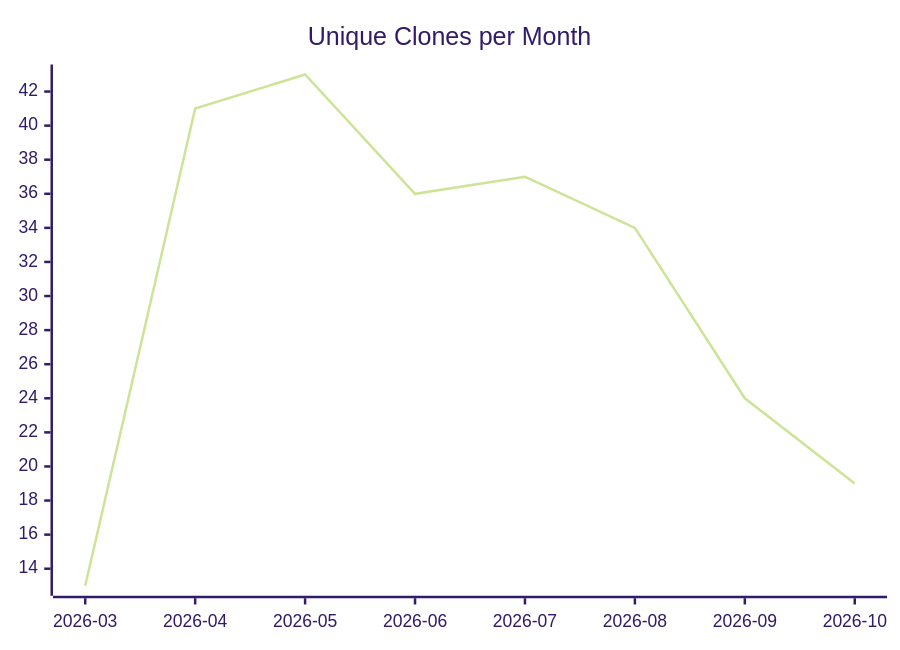
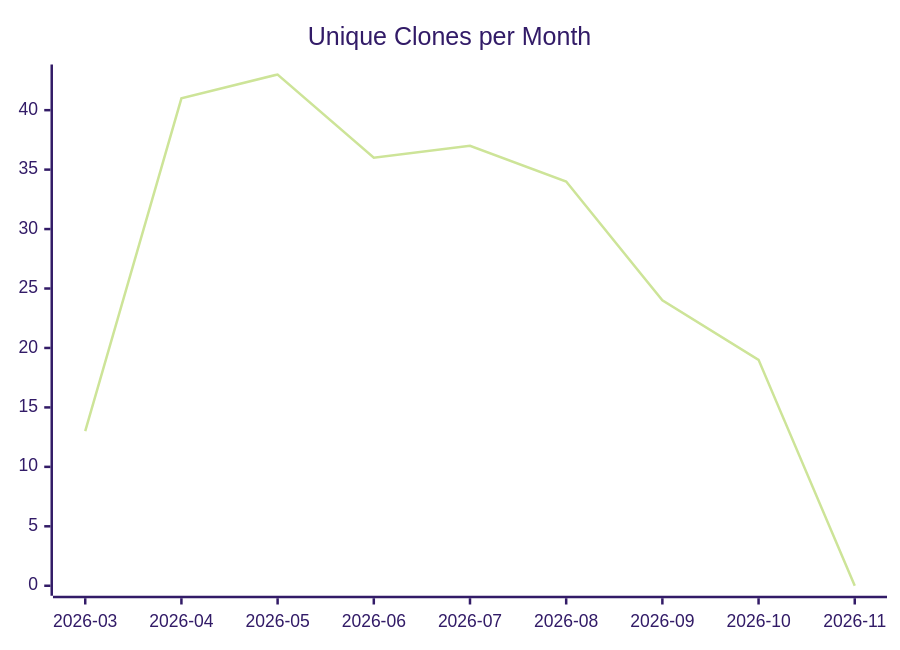
One commit to justdavis-family/github-analytics-data changed the third of 3 diagrams in karlmdavis/usgs-water-api-java/README.md. Above: the diagram before and after it, drawn with Mermaid (forest theme). The commit also changed other lines of this file and 201 other files, not shown here.

````diff
--- a/karlmdavis/usgs-water-api-java/README.md
+++ b/karlmdavis/usgs-water-api-java/README.md
@@ -19,6 +19,6 @@
 ```mermaid
 xychart-beta
   title "Unique Clones per Month"
-  x-axis ["2026-03", "2026-04", "2026-05", "2026-06", "2026-07", "2026-08", "2026-09", "2026-10"]
-  line [13, 41, 43, 36, 37, 34, 24, 19]
+  x-axis ["2026-03", "2026-04", "2026-05", "2026-06", "2026-07", "2026-08", "2026-09", "2026-10", "2026-11"]
+  line [13, 41, 43, 36, 37, 34, 24, 19, 0]
 ```
````
